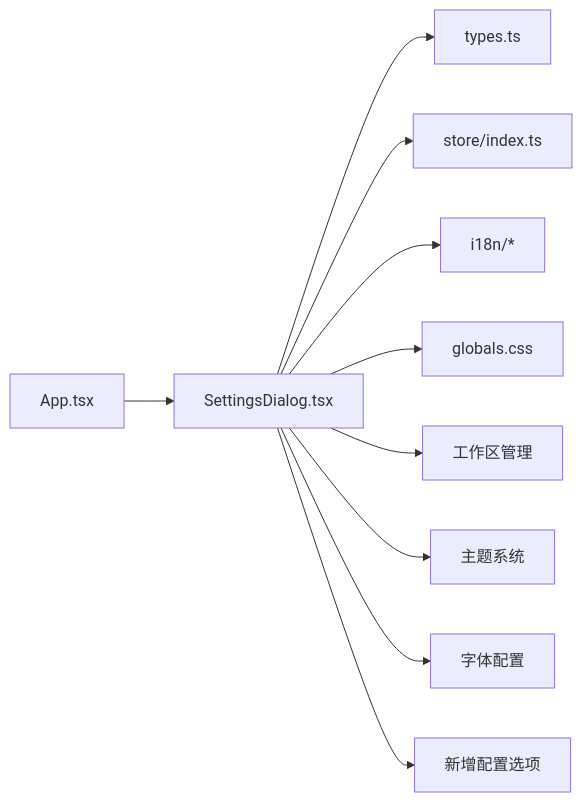
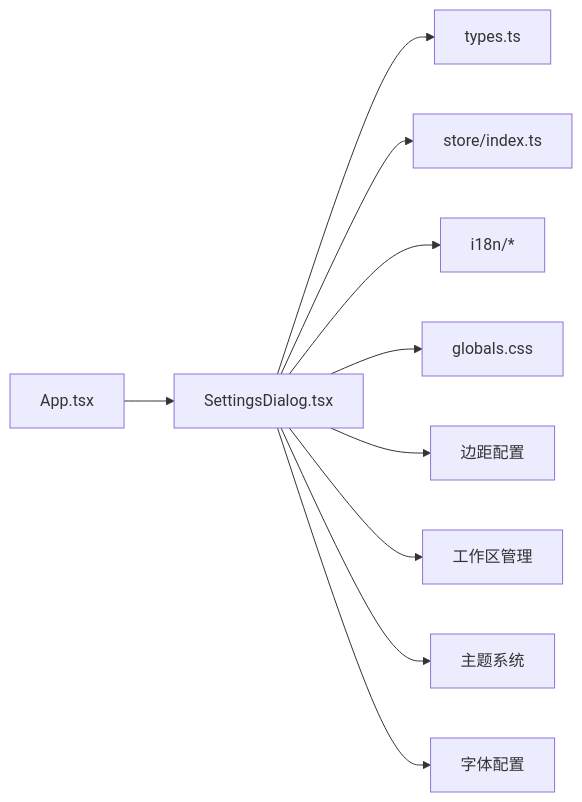
Before and after one commit to gongshiyun/ZenNote: the fourth of 4 diagrams in .qoder/repowiki/zh/content/对话框系统.md, drawn with Mermaid. The commit also changed other lines of this file and 30 other files, not shown here.

````diff
--- a/.qoder/repowiki/zh/content/对话框系统.md
+++ b/.qoder/repowiki/zh/content/对话框系统.md
@@ -325,12 +309,12 @@
 ```mermaid
 graph LR
 App["App.tsx"] --> SD["SettingsDialog.tsx"]
 SD --> Types["types.ts"]
 SD --> Store["store/index.ts"]
 SD --> I18N["i18n/*"]
 SD --> Styles["globals.css"]
+SD --> Margin["边距配置"]
 SD --> Workspace["工作区管理"]
 SD --> Theme["主题系统"]
 SD --> Font["字体配置"]
-SD --> NewConfig["新增配置选项"]
 ```
````
